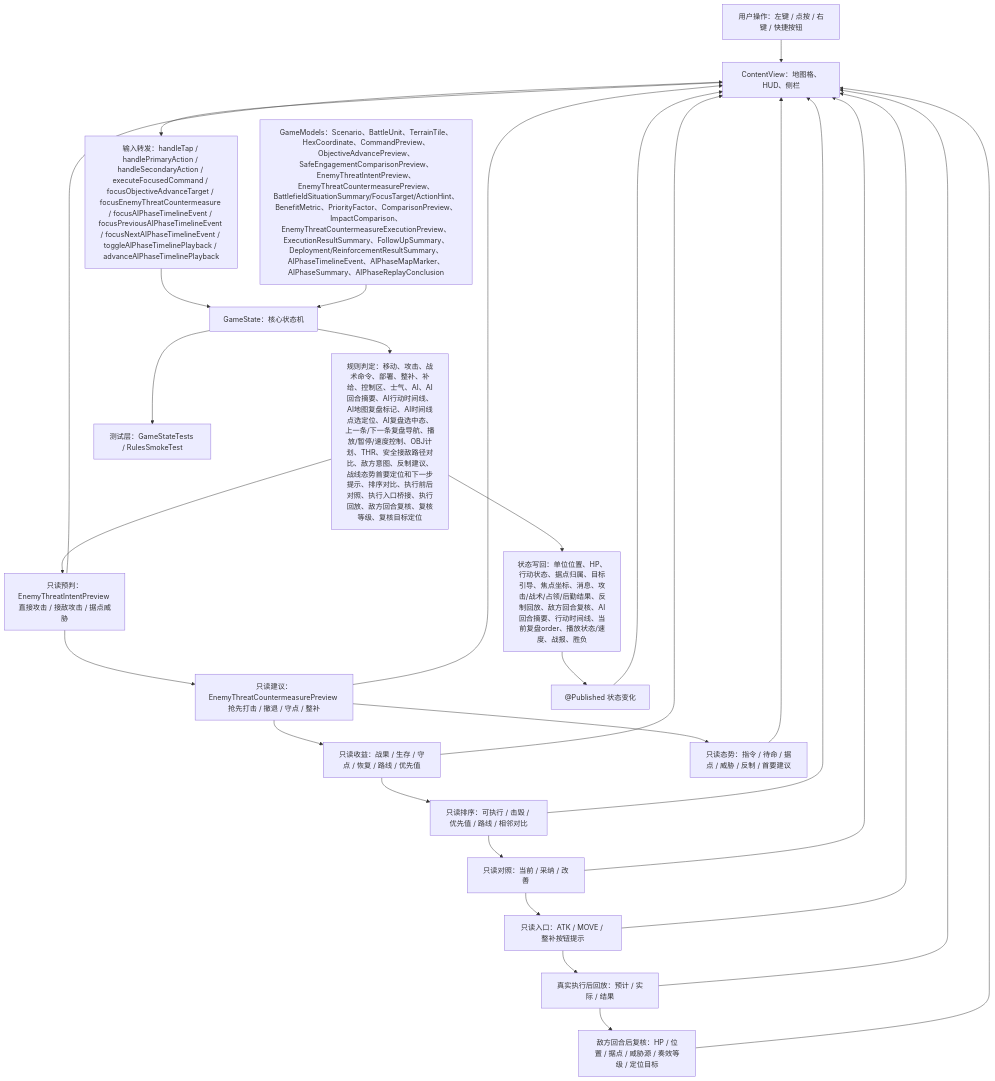
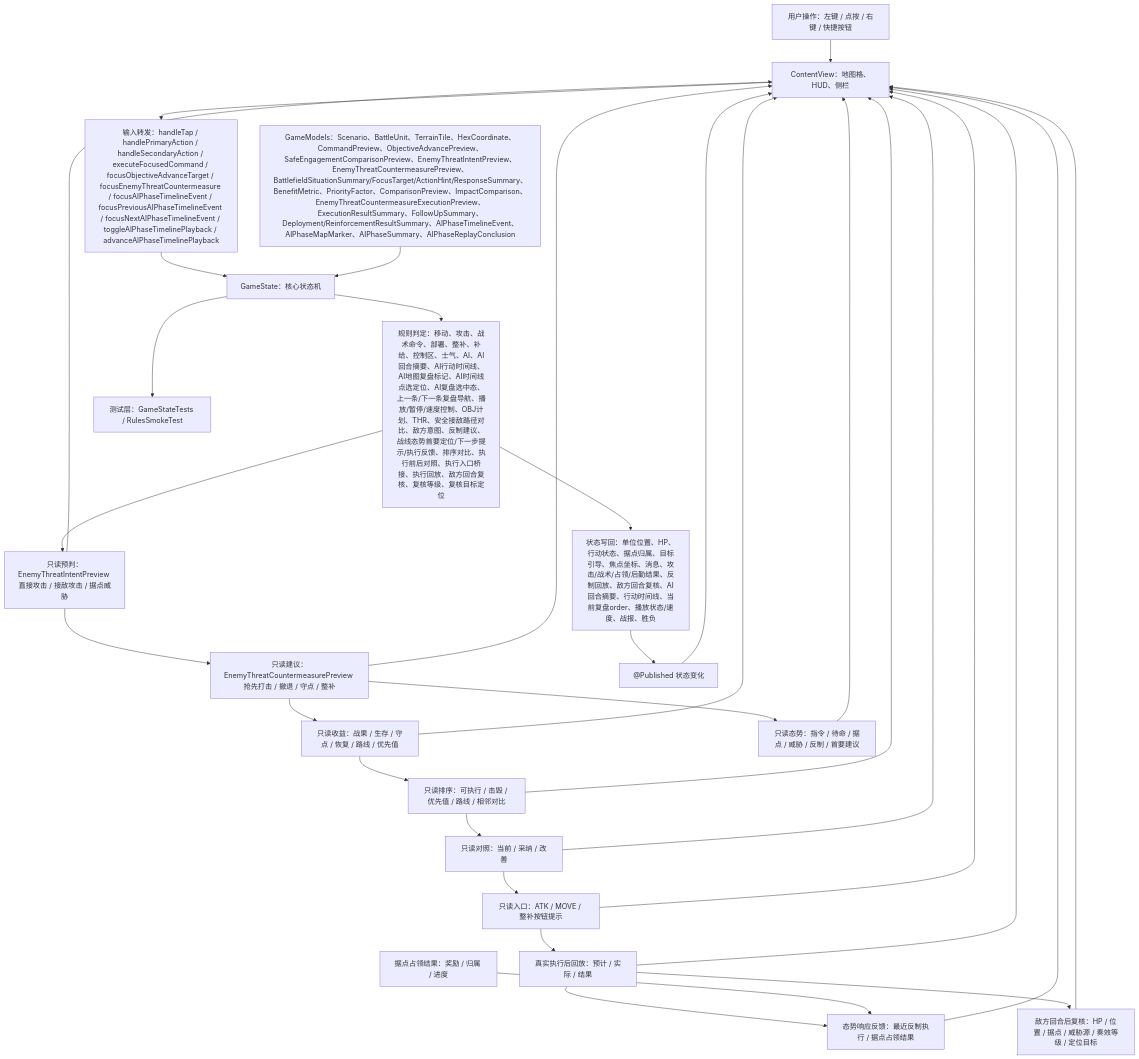
The first of 5 diagrams in md/flow/flowchart.md (Altman-sam114/116), drawn with Mermaid before and after one commit. The commit also changed other lines of this file and 11 other files, not shown here.

````diff
--- a/md/flow/flowchart.md
+++ b/md/flow/flowchart.md
@@ -9,30 +9,33 @@
 ```mermaid
 flowchart TD
   U["用户操作：左键 / 点按 / 右键 / 快捷按钮"] --> V["ContentView：地图格、HUD、侧栏"]
   V --> I["输入转发：handleTap / handlePrimaryAction / handleSecondaryAction / executeFocusedCommand / focusObjectiveAdvanceTarget / focusEnemyThreatCountermeasure / focusAIPhaseTimelineEvent / focusPreviousAIPhaseTimelineEvent / focusNextAIPhaseTimelineEvent / toggleAIPhaseTimelinePlayback / advanceAIPhaseTimelinePlayback"]
   I --> S["GameState：核心状态机"]
-  M["GameModels：Scenario、BattleUnit、TerrainTile、HexCoordinate、CommandPreview、ObjectiveAdvancePreview、SafeEngagementComparisonPreview、EnemyThreatIntentPreview、EnemyThreatCountermeasurePreview、BattlefieldSituationSummary/FocusTarget/ActionHint、BenefitMetric、PriorityFactor、ComparisonPreview、ImpactComparison、EnemyThreatCountermeasureExecutionPreview、ExecutionResultSummary、FollowUpSummary、Deployment/ReinforcementResultSummary、AIPhaseTimelineEvent、AIPhaseMapMarker、AIPhaseSummary、AIPhaseReplayConclusion"] --> S
-  S --> R["规则判定：移动、攻击、战术命令、部署、整补、补给、控制区、士气、AI、AI回合摘要、AI行动时间线、AI地图复盘标记、AI时间线点选定位、AI复盘选中态、上一条/下一条复盘导航、播放/暂停/速度控制、OBJ计划、THR、安全接敌路径对比、敌方意图、反制建议、战线态势首要定位和下一步提示、排序对比、执行前后对照、执行入口桥接、执行回放、敌方回合复核、复核等级、复核目标定位"]
+  M["GameModels：Scenario、BattleUnit、TerrainTile、HexCoordinate、CommandPreview、ObjectiveAdvancePreview、SafeEngagementComparisonPreview、EnemyThreatIntentPreview、EnemyThreatCountermeasurePreview、BattlefieldSituationSummary/FocusTarget/ActionHint/ResponseSummary、BenefitMetric、PriorityFactor、ComparisonPreview、ImpactComparison、EnemyThreatCountermeasureExecutionPreview、ExecutionResultSummary、FollowUpSummary、Deployment/ReinforcementResultSummary、AIPhaseTimelineEvent、AIPhaseMapMarker、AIPhaseSummary、AIPhaseReplayConclusion"] --> S
+  S --> R["规则判定：移动、攻击、战术命令、部署、整补、补给、控制区、士气、AI、AI回合摘要、AI行动时间线、AI地图复盘标记、AI时间线点选定位、AI复盘选中态、上一条/下一条复盘导航、播放/暂停/速度控制、OBJ计划、THR、安全接敌路径对比、敌方意图、反制建议、战线态势首要定位/下一步提示/执行反馈、排序对比、执行前后对照、执行入口桥接、执行回放、敌方回合复核、复核等级、复核目标定位"]
   R --> W["状态写回：单位位置、HP、行动状态、据点归属、目标引导、焦点坐标、消息、攻击/战术/占领/后勤结果、反制回放、敌方回合复核、AI回合摘要、行动时间线、当前复盘order、播放状态/速度、战报、胜负"]
   R --> EI["只读预判：EnemyThreatIntentPreview 直接攻击 / 接敌攻击 / 据点威胁"]
   EI --> EC["只读建议：EnemyThreatCountermeasurePreview 抢先打击 / 撤退 / 守点 / 整补"]
   EC --> BM["只读收益：战果 / 生存 / 守点 / 恢复 / 路线 / 优先值"]
   BM --> PC["只读排序：可执行 / 击毁 / 优先值 / 路线 / 相邻对比"]
   PC --> IP["只读对照：当前 / 采纳 / 改善"]
   IP --> EB["只读入口：ATK / MOVE / 整补按钮提示"]
   EC --> BS["只读态势：指令 / 待命 / 据点 / 威胁 / 反制 / 首要建议"]
   EB --> XR["真实执行后回放：预计 / 实际 / 结果"]
+  XR --> BR["态势响应反馈：最近反制执行 / 据点占领结果"]
   XR --> FV["敌方回合后复核：HP / 位置 / 据点 / 威胁源 / 奏效等级 / 定位目标"]
+  CAP["据点占领结果：奖励 / 归属 / 进度"] --> BR
   W --> P["@Published 状态变化"]
   P --> V
   EI --> V
   EC --> V
   BS --> V
+  BR --> V
   BM --> V
   PC --> V
   IP --> V
   EB --> V
   XR --> V
   FV --> V
   S --> T["测试层：GameStateTests / RulesSmokeTest"]
 ```
````
